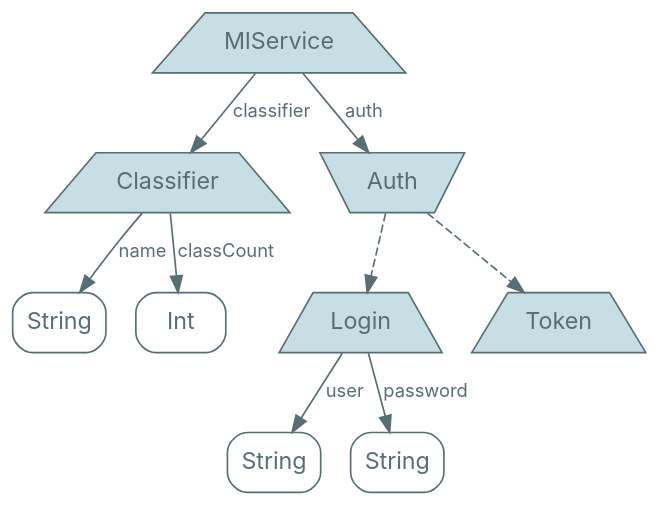
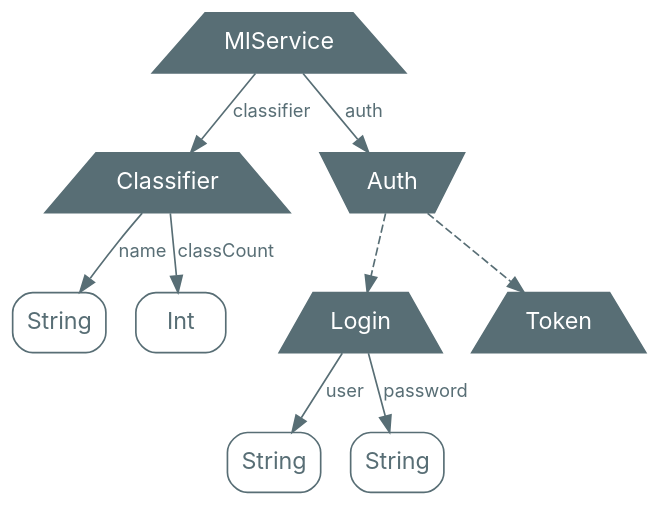
One commit to nrinaudo/optics-from-the-ground-up changed the diagram in src/graphviz/mlservice-4.dot. Above: the diagram before and after it, drawn with Graphviz. The commit also changed 21 other files, not shown here.

Commit message:
Fix colours in graphs

```diff
--- a/src/graphviz/mlservice-4.dot
+++ b/src/graphviz/mlservice-4.dot
@@ -1,42 +1,42 @@
 digraph {
     bgcolor=transparent
 
     // Default theme
     node[shape="rectangle" style="rounded,filled" color="#586E75" fillcolor="#ffffff" fontcolor="#586E75" fontname="Inter,Arial"]
     edge[color="#586E75" fontcolor="#586E75" fontname="Inter,Arial" fontsize=11]
 
     // product types
-    mlService, classifier, login, token [shape=trapezium style=filled fillcolor="#C8DEE5"]
+    mlService, classifier, login, token [shape=trapezium style=filled fontcolor="#FFFFFF" fillcolor="#586E75"]
 
     // sum types
-    auth[shape=invtrapezium, style=filled fillcolor="#C8DEE5"]
+    auth[shape=invtrapezium, style=filled fontcolor="#FFFFFF" fillcolor="#586E75"]
 
     mlService[label=MlService]
 
     classifier[label=Classifier]
     classifier_name[label=String shape=box]
     classifier_classCount[label=Int shape=box]
 
     auth[label=Auth]
 
     login[label=Login]
     login_user[label=String shape=box]
     login_password[label=String shape=box]
 
     token[label=Token]
     token_token[label=String shape=box style=invis]
 
     mlService -> classifier[label=classifier]
     mlService -> auth[label=auth]
 
     classifier -> classifier_name[label=name]
     classifier -> classifier_classCount[label=classCount]
 
     token -> token_token[label=token style=invis]
 
     login -> login_user[label=user]
     login -> login_password[label=password]
 
     auth -> token[style=dashed]
     auth -> login[style=dashed]
 }
```
